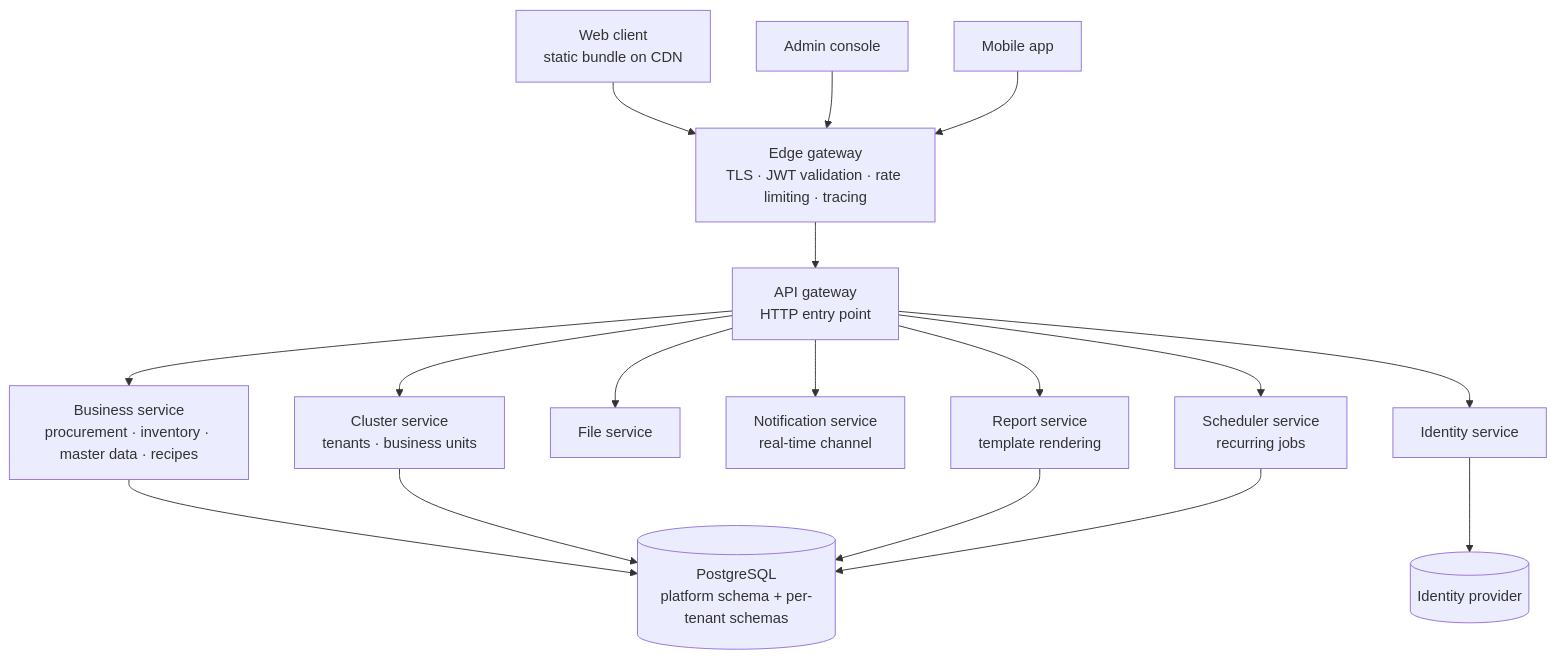
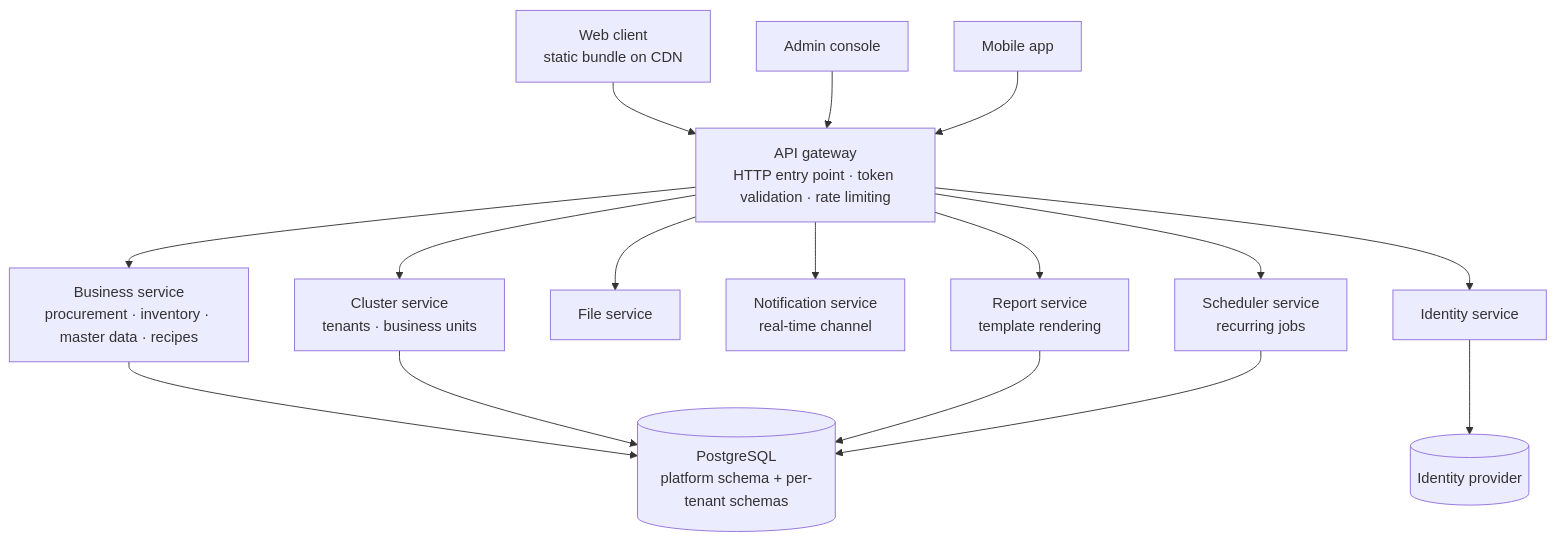
The diagram in docs/investor/carmen-technology-overview.md (CarmenSoftware-organization/carmen-inventory-frontend-react), drawn with Mermaid before and after one commit. The commit also changed other lines of this file and 1 other file, not shown here.

First line of the commit message:
fix(investor): แก้ข้ออ้างเรื่อง edge gateway ที่ไม่จริง และบั๊กเลย์เอาต์ของสไลด์

````diff
--- a/docs/investor/carmen-technology-overview.md
+++ b/docs/investor/carmen-technology-overview.md
@@ -45,34 +45,32 @@
 ```mermaid
 flowchart TD
     Web["Web client<br/>static bundle on CDN"]
     Admin["Admin console"]
     Mobile["Mobile app"]
-    Edge["Edge gateway<br/>TLS · JWT validation · rate limiting · tracing"]
-    API["API gateway<br/>HTTP entry point"]
+    API["API gateway<br/>HTTP entry point · token validation · rate limiting"]
     Business["Business service<br/>procurement · inventory · master data · recipes"]
     Cluster["Cluster service<br/>tenants · business units"]
     File["File service"]
     Notify["Notification service<br/>real-time channel"]
     Identity["Identity service"]
     Report["Report service<br/>template rendering"]
     Cron["Scheduler service<br/>recurring jobs"]
     DB[("PostgreSQL<br/>platform schema + per-tenant schemas")]
     IdP[("Identity provider")]
 
-    Web --> Edge
-    Admin --> Edge
-    Mobile --> Edge
-    Edge --> API
+    Web --> API
+    Admin --> API
+    Mobile --> API
     API --> Business
     API --> Cluster
     API --> File
     API --> Notify
     API --> Identity
     API --> Report
     API --> Cron
     Business --> DB
     Cluster --> DB
     Report --> DB
     Cron --> DB
     Identity --> IdP
 ```
````
